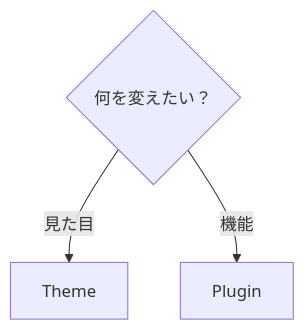
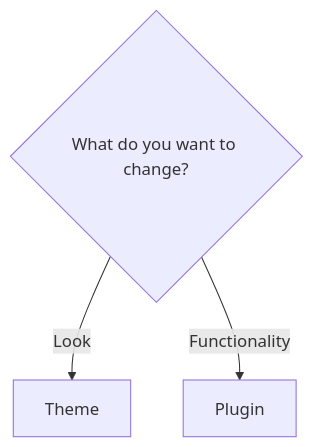
Before and after one commit to Rerurate514/riebeckite: the second of 4 diagrams in docs/docs/themes/README.md, drawn with Mermaid. The commit also changed other lines of this file and 604 other files, not shown here.

````diff
--- a/docs/docs/themes/README.md
+++ b/docs/docs/themes/README.md
@@ -57,7 +53,7 @@
-```mermaid id="xkrf70"
+```mermaid
 flowchart TD
-    Want{"何を変えたい？"}
+    Want{"What do you want to change?"}
 
-    Want -->|"見た目"| Theme["Theme"]
-    Want -->|"機能"| Plugin["Plugin"]
+    Want -->|"Look"| Theme["Theme"]
+    Want -->|"Functionality"| Plugin["Plugin"]
 ```
````
